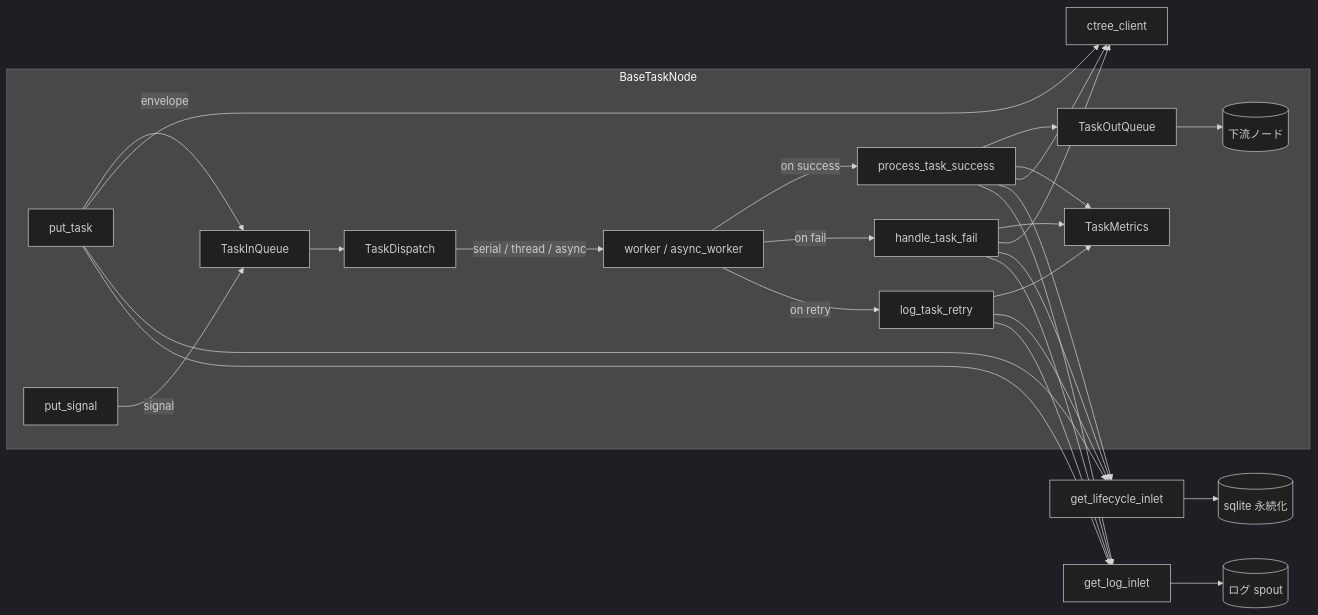
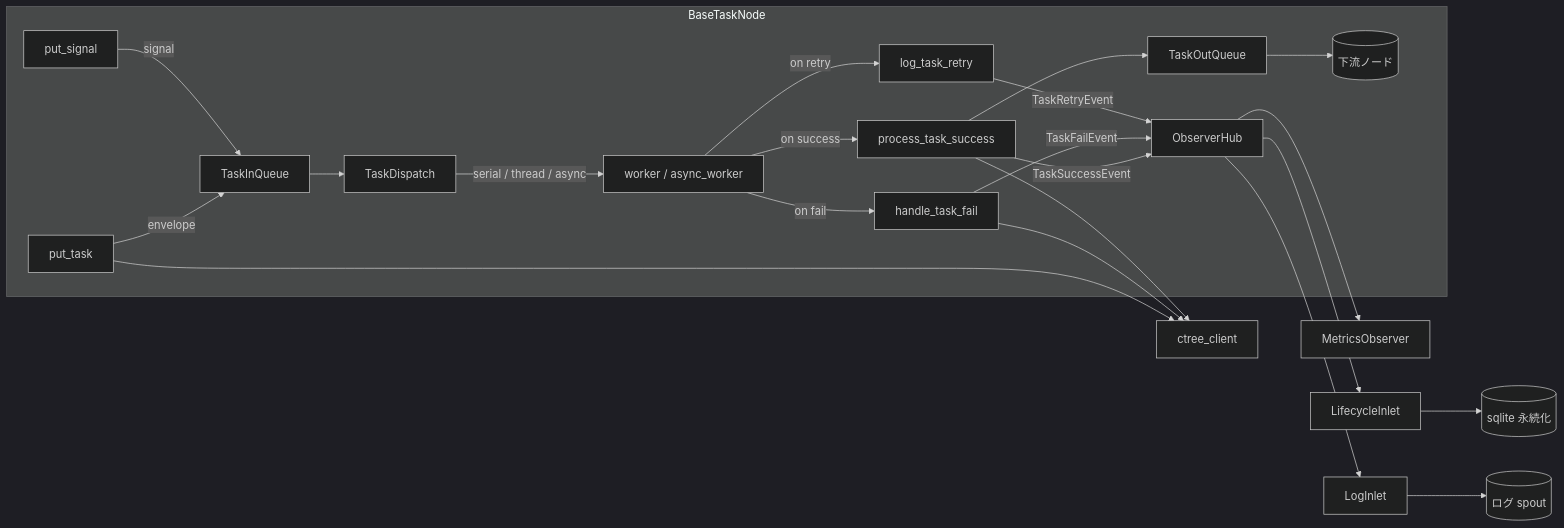
The second of 2 diagrams in docs/ja/src/node/core_node.md (Mr-xiaotian/CelestialFlow), drawn with Mermaid (dark theme) before and after one commit. The commit also changed other lines of this file and 157 other files, not shown here.

````diff
--- a/docs/ja/src/node/core_node.md
+++ b/docs/ja/src/node/core_node.md
@@ -200,32 +211,27 @@
 ```mermaid
 flowchart LR
     subgraph "BaseTaskNode"
         PutTask[put_task] -->|envelope| TaskQueue[TaskInQueue]
         PutSignal[put_signal] -->|signal| TaskQueue
         TaskQueue --> Dispatch[TaskDispatch]
         Dispatch -->|serial / thread / async| Worker[worker / async_worker]
         Worker -->|on success| PTS[process_task_success]
         Worker -->|on fail| HTF[handle_task_fail]
         Worker -->|on retry| LTR[log_task_retry]
         PTS --> YieldQueue[TaskOutQueue]
         YieldQueue --> Downstream[(下流ノード)]
-        PTS --> Metrics[TaskMetrics]
-        HTF --> Metrics
-        LTR --> Metrics
+        PTS -->|TaskSuccessEvent| Hub[ObserverHub]
+        HTF -->|TaskFailEvent| Hub
+        LTR -->|TaskRetryEvent| Hub
     end
 
     PutTask --> CT[ctree_client]
     HTF --> CT
     PTS --> CT
 
-    PutTask --> LCI[get_lifecycle_inlet]
-    PutTask --> GLI[get_log_inlet]
-    PTS --> LCI
-    PTS --> GLI
-    HTF --> LCI
-    HTF --> GLI
-    LTR --> LCI
-    LTR --> GLI
-    LCI --> SQLite[(sqlite 永続化)]
-    GLI --> LogStore[(ログ spout)]
+    Hub --> Metrics[MetricsObserver]
+    Hub --> Lifecycle[LifecycleInlet]
+    Hub --> Log[LogInlet]
+    Lifecycle --> SQLite[(sqlite 永続化)]
+    Log --> LogStore[(ログ spout)]
 ```
````
